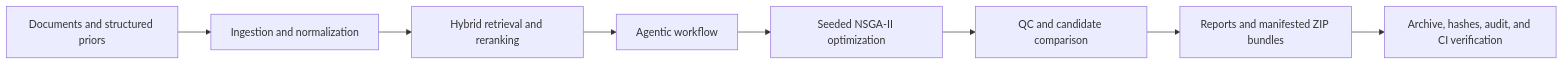
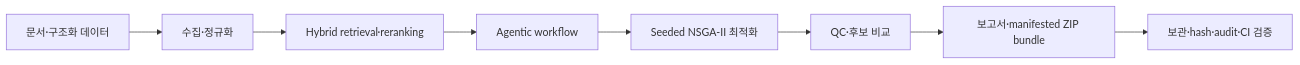
The diagram in README.md (jwkim-skku/RAG_Evaluation), drawn with Mermaid before and after one commit. The commit also changed other lines of this file, not shown here.

````diff
--- a/README.md
+++ b/README.md
@@ -22,10 +22,10 @@
 ```mermaid
 flowchart LR
-    A[Documents and structured priors] --> B[Ingestion and normalization]
-    B --> C[Hybrid retrieval and reranking]
+    A[문서·구조화 데이터] --> B[수집·정규화]
+    B --> C[Hybrid retrieval·reranking]
     C --> D[Agentic workflow]
-    D --> E[Seeded NSGA-II optimization]
-    E --> F[QC and candidate comparison]
-    F --> G[Reports and manifested ZIP bundles]
-    G --> H[Archive, hashes, audit, and CI verification]
+    D --> E[Seeded NSGA-II 최적화]
+    E --> F[QC·후보 비교]
+    F --> G[보고서·manifested ZIP bundle]
+    G --> H[보관·hash·audit·CI 검증]
 ```
````
